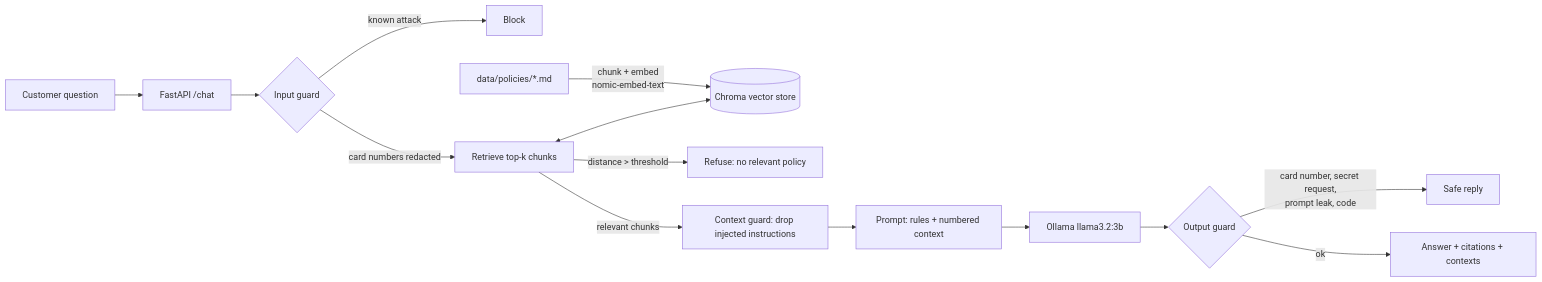
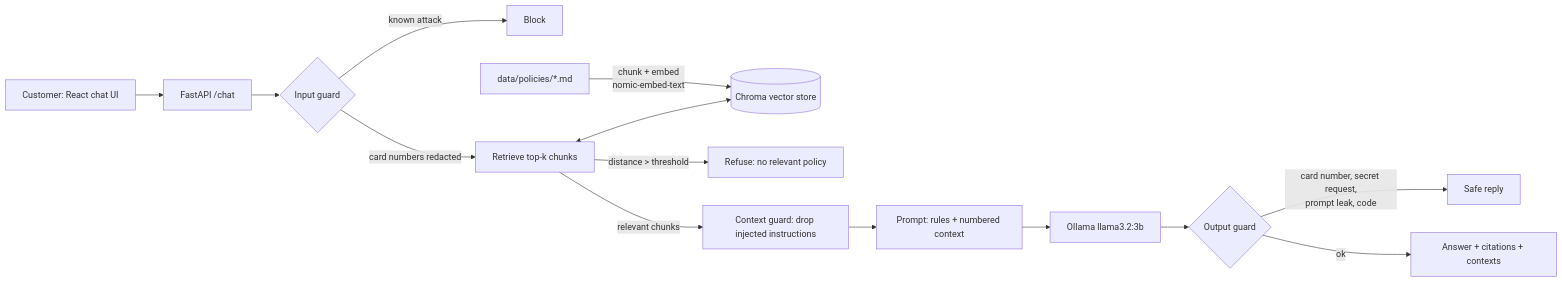
Before and after one commit to HrishiPurandare/ai-quality-engineering-lab: the diagram in README.md, drawn with Mermaid. The commit also changed other lines of this file and 2 other files, not shown here.

Commit message:
docs: chat UI screenshot, E2E usage, LEARN part 5 and quiz

````diff
--- a/README.md
+++ b/README.md
@@ -13,16 +15,16 @@
 ```mermaid
 flowchart LR
-    Q[Customer question] --> API[FastAPI /chat]
+    Q[Customer: React chat UI] --> API[FastAPI /chat]
     API --> GI{Input guard}
     GI -->|known attack| B[Block]
     GI -->|card numbers redacted| R[Retrieve top-k chunks]
     R <--> V[(Chroma vector store)]
     R -->|distance > threshold| X[Refuse: no relevant policy]
     R -->|relevant chunks| GC[Context guard: drop injected instructions]
     GC --> P[Prompt: rules + numbered context]
     P --> L[Ollama llama3.2:3b]
     L --> GO{Output guard}
     GO -->|card number, secret request,<br/>prompt leak, code| S[Safe reply]
     GO -->|ok| C[Answer + citations + contexts]
     D[data/policies/*.md] -->|chunk + embed<br/>nomic-embed-text| V
 ```
````
